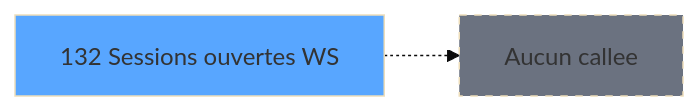
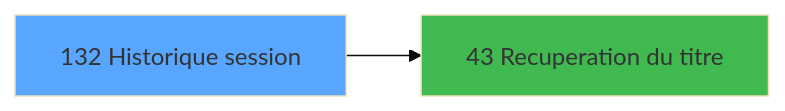
The third of 3 diagrams in .openspec/specs/ADH-IDE-132.md (thonyAGP/lecteur-magic), drawn with Mermaid (base theme) before and after one commit. The commit also changed other lines of this file and 493 other files, not shown here.

````diff
--- a/.openspec/specs/ADH-IDE-132.md
+++ b/.openspec/specs/ADH-IDE-132.md
@@ -163,8 +202,8 @@
 ```mermaid
 graph LR
-    T132[132 Sessions ouvertes WS]
+    T132[132 Historique session]
     style T132 fill:#58a6ff
-    NONE[Aucun callee]
-    T132 -.-> NONE
-    style NONE fill:#6b7280,stroke-dasharray: 5 5
+    C43[43 Recuperation du titre]
+    T132 --> C43
+    style C43 fill:#3fb950
 ```
````
